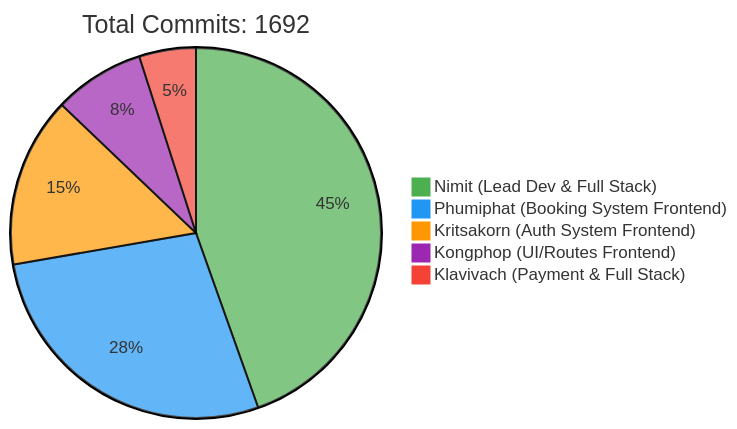
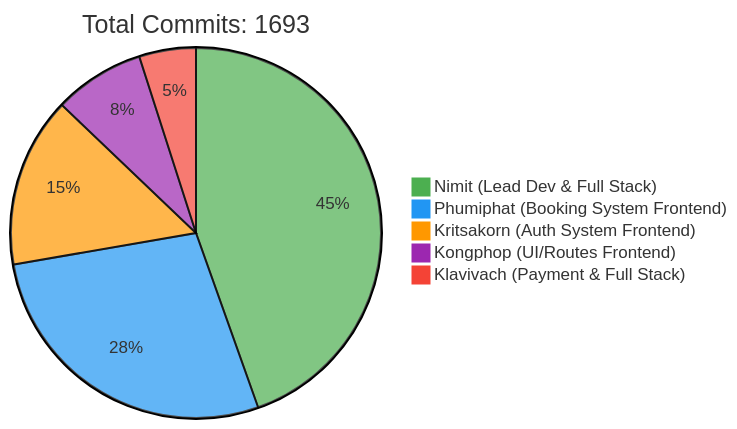
One commit to 6531503042/Sport-Complex changed the first of 2 diagrams in README.md. Above: the diagram before and after it, drawn with Mermaid. The commit also changed other lines of this file, not shown here.

Commit message:
docs: Update contributor statistics [skip ci]

````diff
--- a/README.md
+++ b/README.md
@@ -257,10 +257,10 @@
 ```mermaid
 %%{init: {'theme': 'base', 'themeVariables': { 'pie1': '#4CAF50', 'pie2': '#2196F3', 'pie3': '#FF9800', 'pie4': '#9C27B0', 'pie5': '#F44336'}}}%%
 pie
-    title Total Commits: 1692
+    title Total Commits: 1693
     "Nimit (Lead Dev & Full Stack)" : 450
     "Phumiphat (Booking System Frontend)" : 280
     "Kritsakorn (Auth System Frontend)" : 150
     "Kongphop (UI/Routes Frontend)" : 80
     "Klavivach (Payment & Full Stack)" : 50
 ```
````
